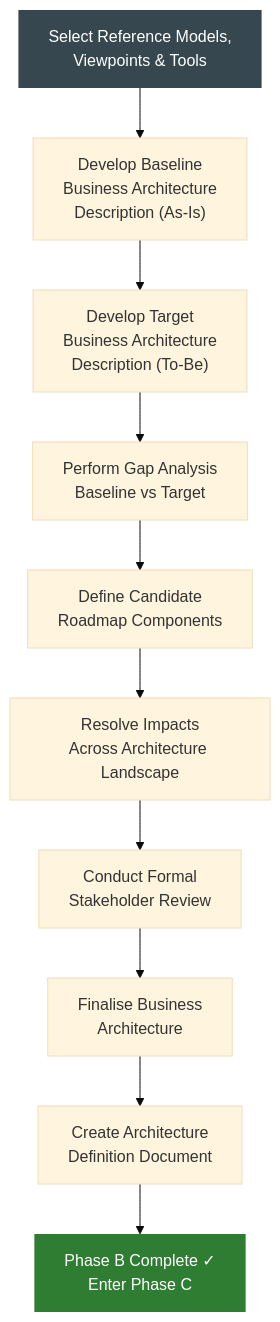
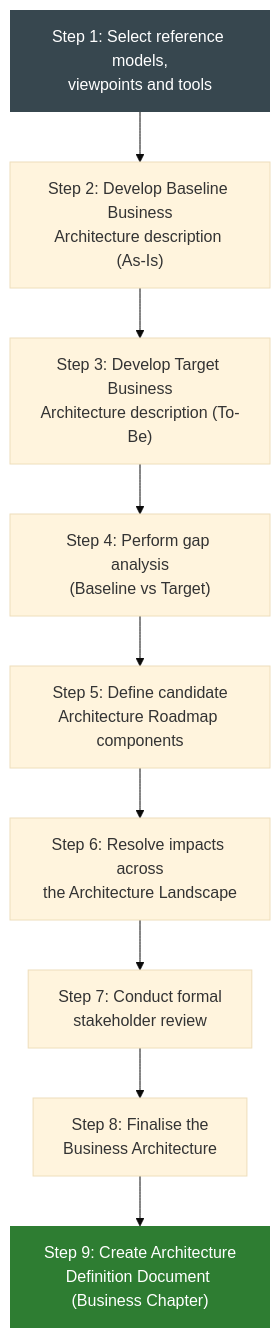
Before and after one commit to Yuvarajsfcloud/Knowledge-Library: the second of 6 diagrams in docs/knowledge/adm/business-architecture.md, drawn with Mermaid (base theme). The commit also changed other lines of this file, not shown here.

Commit message:
Phase B: full Bloom uplift — tools table (pros/cons/cost/link), Decision Frameworks, Synthesis exercise, source attributions on all visuals, developer transition callouts, Credible Sources section, TOGAF Step 9 sequence corrected

````diff
--- a/docs/knowledge/adm/business-architecture.md
+++ b/docs/knowledge/adm/business-architecture.md
@@ -25,16 +59,15 @@
 ``` mermaid
 flowchart TD
-    A["Select Reference Models,\nViewpoints & Tools"] --> B
-    B["Develop Baseline\nBusiness Architecture\nDescription (As-Is)"] --> C
-    C["Develop Target\nBusiness Architecture\nDescription (To-Be)"] --> D
-    D["Perform Gap Analysis\nBaseline vs Target"] --> E
-    E["Define Candidate\nRoadmap Components"] --> F
-    F["Resolve Impacts\nAcross Architecture Landscape"] --> G
-    G["Conduct Formal\nStakeholder Review"] --> H
-    H["Finalise Business\nArchitecture"] --> I
-    I["Create Architecture\nDefinition Document"] --> J
-    J["Phase B Complete ✓\nEnter Phase C"]
+    S1["Step 1: Select reference models,\nviewpoints and tools"] --> S2
+    S2["Step 2: Develop Baseline Business\nArchitecture description (As-Is)"] --> S3
+    S3["Step 3: Develop Target Business\nArchitecture description (To-Be)"] --> S4
+    S4["Step 4: Perform gap analysis\n(Baseline vs Target)"] --> S5
+    S5["Step 5: Define candidate\nArchitecture Roadmap components"] --> S6
+    S6["Step 6: Resolve impacts across\nthe Architecture Landscape"] --> S7
+    S7["Step 7: Conduct formal\nstakeholder review"] --> S8
+    S8["Step 8: Finalise the\nBusiness Architecture"] --> S9
+    S9["Step 9: Create Architecture\nDefinition Document (Business Chapter)"]
 
-    style A fill:#37474f,color:#fff,stroke:none
-    style J fill:#2e7d32,color:#fff,stroke:none
+    style S1 fill:#37474f,color:#fff,stroke:none
+    style S9 fill:#2e7d32,color:#fff,stroke:none
 ```
````
